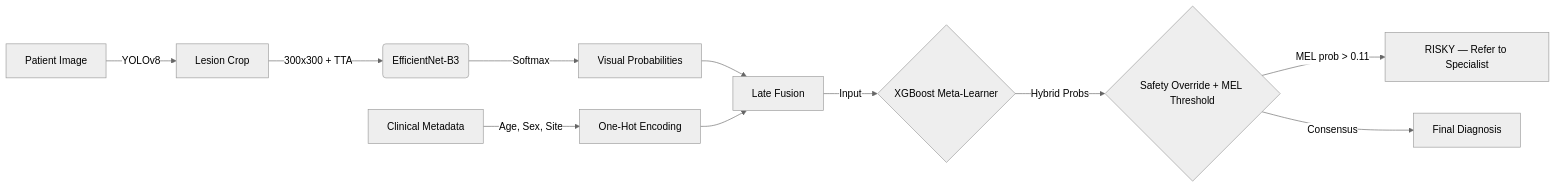
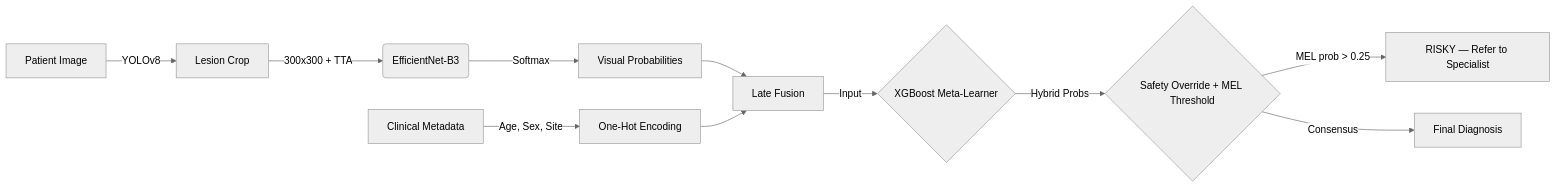
Before and after one commit to fferhatakr/dermai-vision: the diagram in README.md, drawn with Mermaid (neutral theme). The commit also changed other lines of this file and 63 other files, not shown here.

````diff
--- a/README.md
+++ b/README.md
@@ -29,13 +31,13 @@
 ```mermaid
 graph LR
     A[Patient Image] -->|YOLOv8| B[Lesion Crop]
     B -->|300x300 + TTA| C(EfficientNet-B3)
     C -->|Softmax| D[Visual Probabilities]
     E[Clinical Metadata] -->|Age, Sex, Site| F[One-Hot Encoding]
     D --> G[Late Fusion]
     F --> G
     G -->|Input| H{XGBoost Meta-Learner}
     H -->|Hybrid Probs| I{Safety Override + MEL Threshold}
-    I -->|MEL prob > 0.11| J[RISKY — Refer to Specialist]
+    I -->|MEL prob > 0.25| J[RISKY — Refer to Specialist]
     I -->|Consensus| K[Final Diagnosis]
 ```
````
